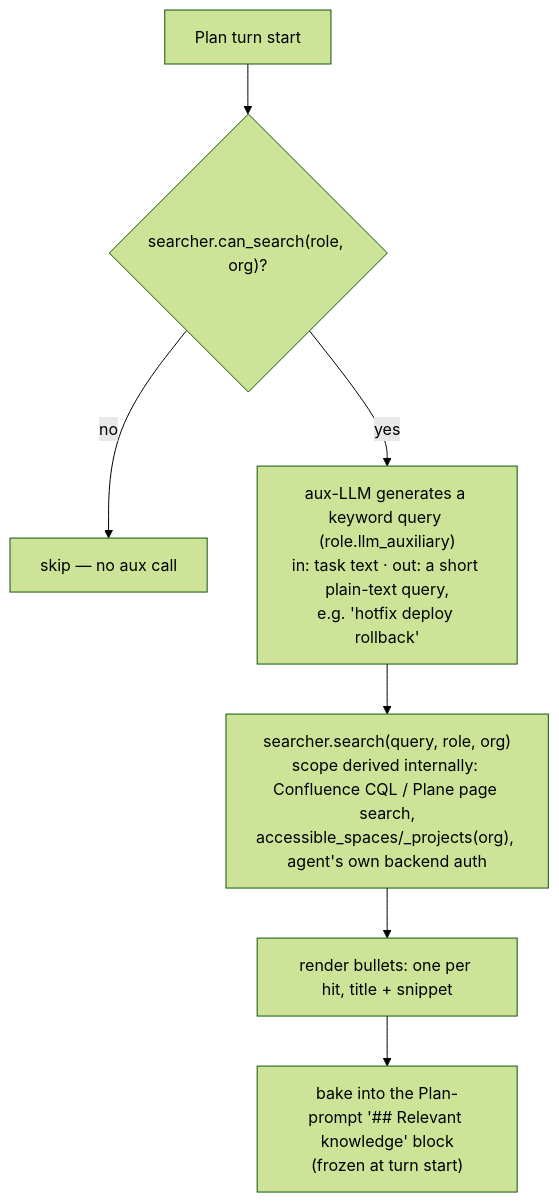
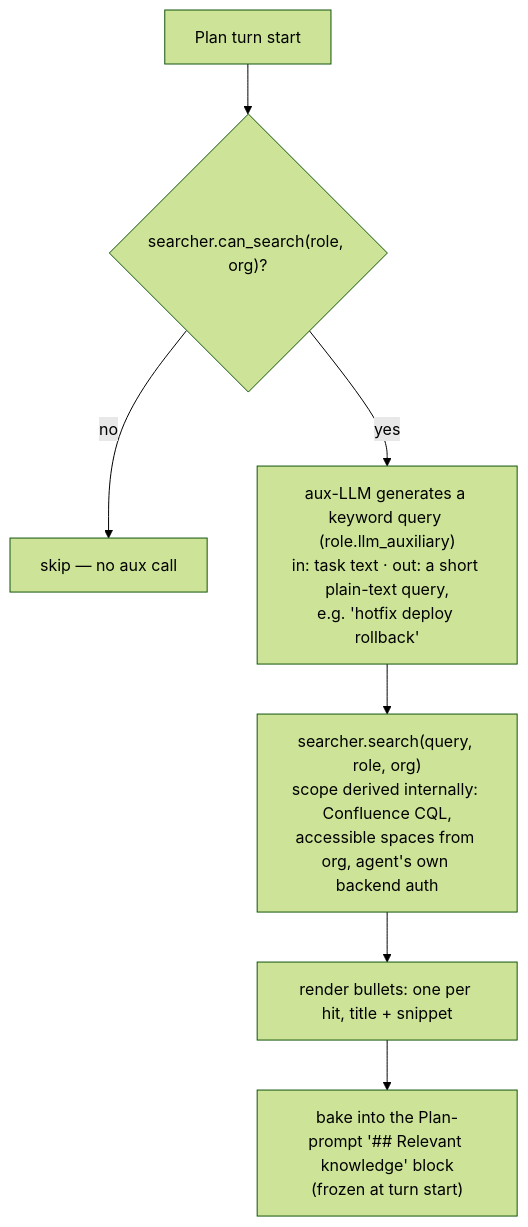
One commit to crewlet/crewlet changed the second of 2 diagrams in docs/concepts/agent-learning.md. Above: the diagram before and after it, drawn with Mermaid (forest theme). The commit also changed other lines of this file and 36 other files, not shown here.

````diff
--- a/docs/concepts/agent-learning.md
+++ b/docs/concepts/agent-learning.md
@@ -248,9 +248,9 @@
 ```mermaid
 flowchart TD
     A["Plan turn start"] --> B{"searcher.can_search(role, org)?"}
     B -->|no| SKIP["skip — no aux call"]
     B -->|yes| C["aux-LLM generates a keyword query (role.llm_auxiliary)<br/>in: task text · out: a short plain-text query,<br/>e.g. 'hotfix deploy rollback'"]
-    C --> D["searcher.search(query, role, org)<br/>scope derived internally: Confluence CQL / Plane page search,<br/>accessible_spaces/_projects(org), agent's own backend auth"]
+    C --> D["searcher.search(query, role, org)<br/>scope derived internally: Confluence CQL,<br/>accessible spaces from org, agent's own backend auth"]
     D --> E["render bullets: one per hit, title + snippet"]
     E --> F["bake into the Plan-prompt '## Relevant knowledge' block<br/>(frozen at turn start)"]
 ```
````
